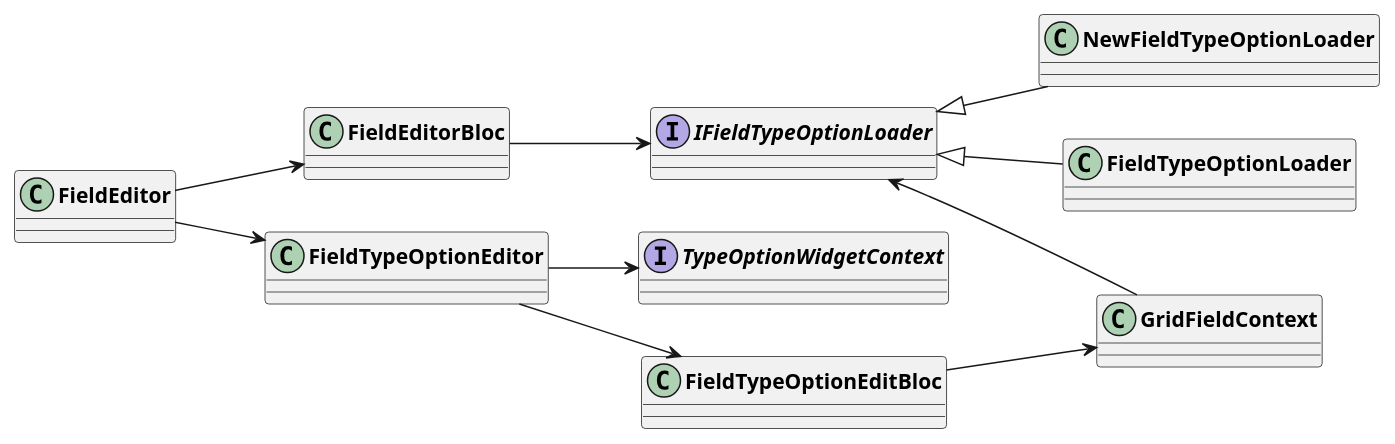
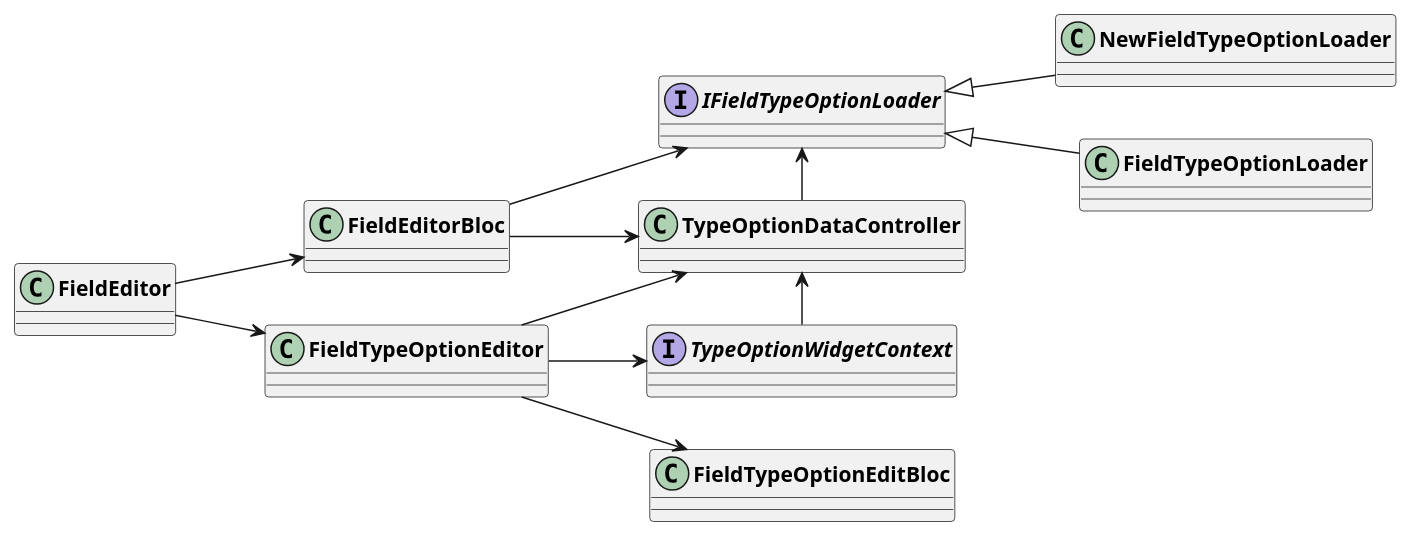
Before and after one commit to AppFlowy-IO/AppFlowy-Docs: the first of 2 diagrams in uml/dart_widget/grid_field.plantuml, drawn with PlantUML. The commit also changed 2 other files, not shown here.

Commit message:
chore: update gri_field diagrams

```diff
--- a/uml/dart_widget/grid_field.plantuml
+++ b/uml/dart_widget/grid_field.plantuml
@@ -2,23 +2,24 @@
 @startuml Field Editor
 skinparam classFontStyle Bold
 skinparam ActivityBackgroundColor Silver
 skinparam ActivityBorderColor DimGray
 left to right direction
 
 interface IFieldTypeOptionLoader
 interface TypeOptionWidgetContext
 
 FieldEditor --> FieldEditorBloc
 FieldEditor --> FieldTypeOptionEditor
 
 'Context loader
 FieldEditorBloc --> IFieldTypeOptionLoader
+FieldEditorBloc --> TypeOptionDataController
 NewFieldTypeOptionLoader -u-|> IFieldTypeOptionLoader
 FieldTypeOptionLoader -u-|> IFieldTypeOptionLoader
 
 FieldTypeOptionEditor --> FieldTypeOptionEditBloc
-FieldTypeOptionEditBloc --> GridFieldContext
-GridFieldContext -u-> IFieldTypeOptionLoader
-
 FieldTypeOptionEditor --> TypeOptionWidgetContext
+FieldTypeOptionEditor --> TypeOptionDataController
+TypeOptionDataController -l-> IFieldTypeOptionLoader
+TypeOptionWidgetContext -l-> TypeOptionDataController
 @enduml
```
